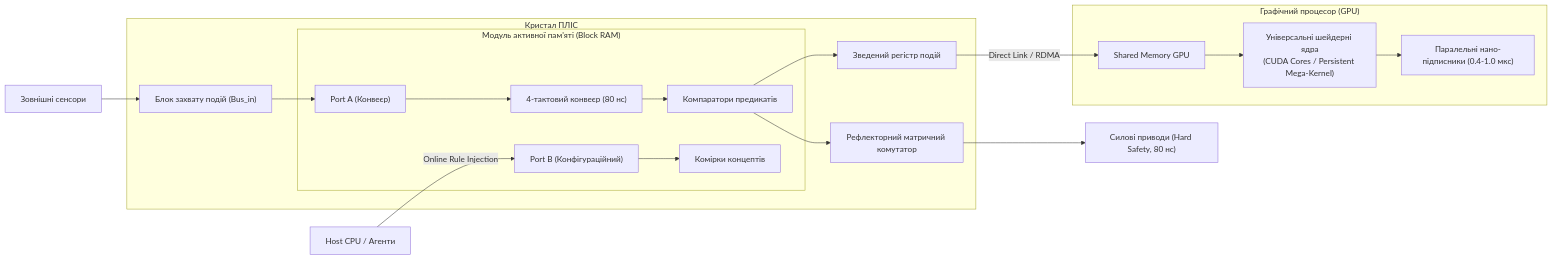
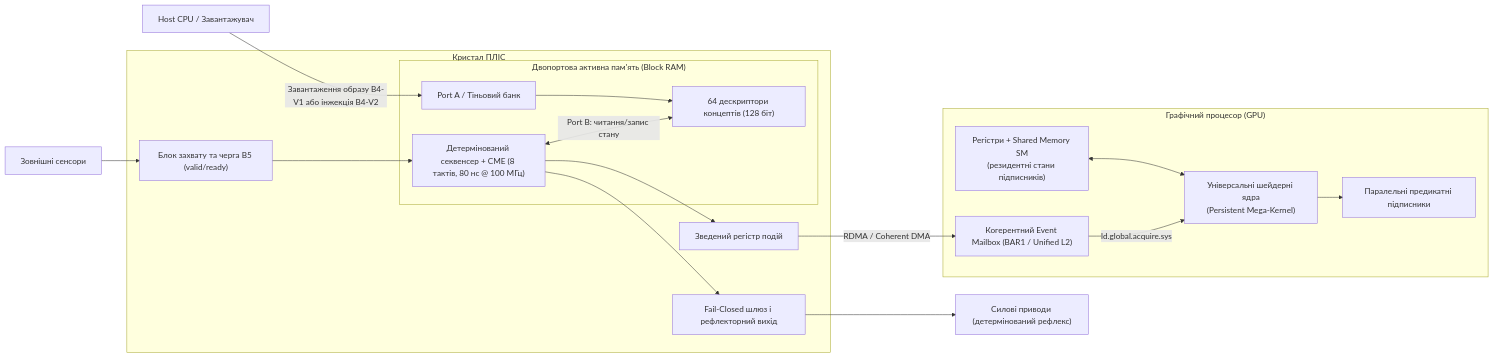
Before and after one commit to nick-fedchik/kuzmin-machine: the diagram in Project/patents/patent-apparatus-heterogeneous-event-engine.md, drawn with Mermaid. The commit also changed other lines of this file and 3 other files, not shown here.

Commit message:
docs(patents,b6): align GPU memory hierarchy, BRAM modes and target metrics (#165) (#171)

````diff
--- a/Project/patents/patent-apparatus-heterogeneous-event-engine.md
+++ b/Project/patents/patent-apparatus-heterogeneous-event-engine.md
@@ -42,21 +42,21 @@
 ```mermaid
 flowchart LR
-    Sensors["Зовнішні сенсори"] --> BusIn["Блок захвату подій (Bus_in)"]
+    Sensors["Зовнішні сенсори"] --> BusIn["Блок захвату та черга B5 (valid/ready)"]
     subgraph FPGA["Кристал ПЛІС"]
-        BusIn --> PortA["Port A (Конвеєр)"]
-        subgraph BRAM["Модуль активної пам'яті (Block RAM)"]
-            PortA --> Pipeline["4-тактовий конвеєр (80 нс)"]
-            Pipeline --> ReflexLogic["Компаратори предикатів"]
-            PortB["Port B (Конфігураційний)"] --> BRAM_Cells["Комірки концептів"]
+        BusIn --> Seq["Детермінований секвенсер + CME (8 тактів, 80 нс @ 100 МГц)"]
+        subgraph BRAM["Двопортова активна пам'ять (Block RAM)"]
+            Seq <-->|Port B: читання/запис стану| BRAM_Cells["64 дескриптори концептів (128 біт)"]
+            CfgPort["Port A / Тіньовий банк"] --> BRAM_Cells
         end
-        ReflexLogic --> XBAR["Рефлекторний матричний комутатор"]
-        ReflexLogic --> EvReg["Зведений регістр подій"]
+        Seq --> XBAR["Fail-Closed шлюз і рефлекторний вихід"]
+        Seq --> EvReg["Зведений регістр подій"]
     end
-    XBAR --> Actuators["Силові приводи (Hard Safety, 80 нс)"]
-    EvReg -->|Direct Link / RDMA| GPUMem["Shared Memory GPU"]
+    XBAR --> Actuators["Силові приводи (детермінований рефлекс)"]
+    EvReg -->|RDMA / Coherent DMA| Mailbox["Когерентний Event Mailbox (BAR1 / Unified L2)"]
     subgraph GPU["Графічний процесор (GPU)"]
-        GPUMem --> Shaders["Універсальні шейдерні ядра<br/>(CUDA Cores / Persistent Mega-Kernel)"]
-        Shaders --> Analytics["Паралельні нано-підписники (0.4-1.0 мкс)"]
+        Mailbox -->|ld.global.acquire.sys| Shaders["Універсальні шейдерні ядра<br/>(Persistent Mega-Kernel)"]
+        SMem["Регістри + Shared Memory SM<br/>(резидентні стани підписників)"] <--> Shaders
+        Shaders --> Analytics["Паралельні предикатні підписники"]
     end
-    Host["Host CPU / Агенти"] -->|Online Rule Injection| PortB
+    Host["Host CPU / Завантажувач"] -->|Завантаження образу B4-V1 або інжекція B4-V2| CfgPort
 ```
````
